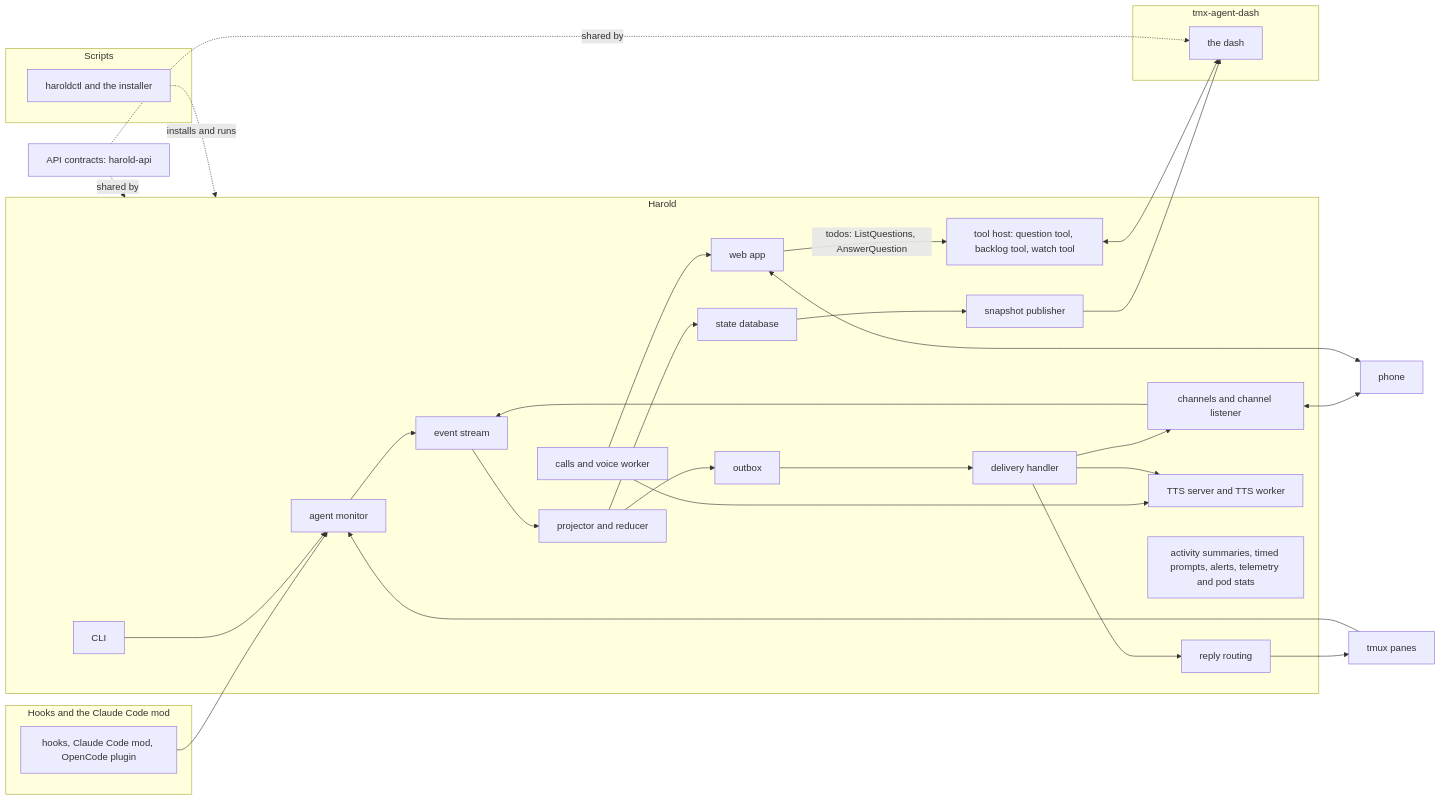
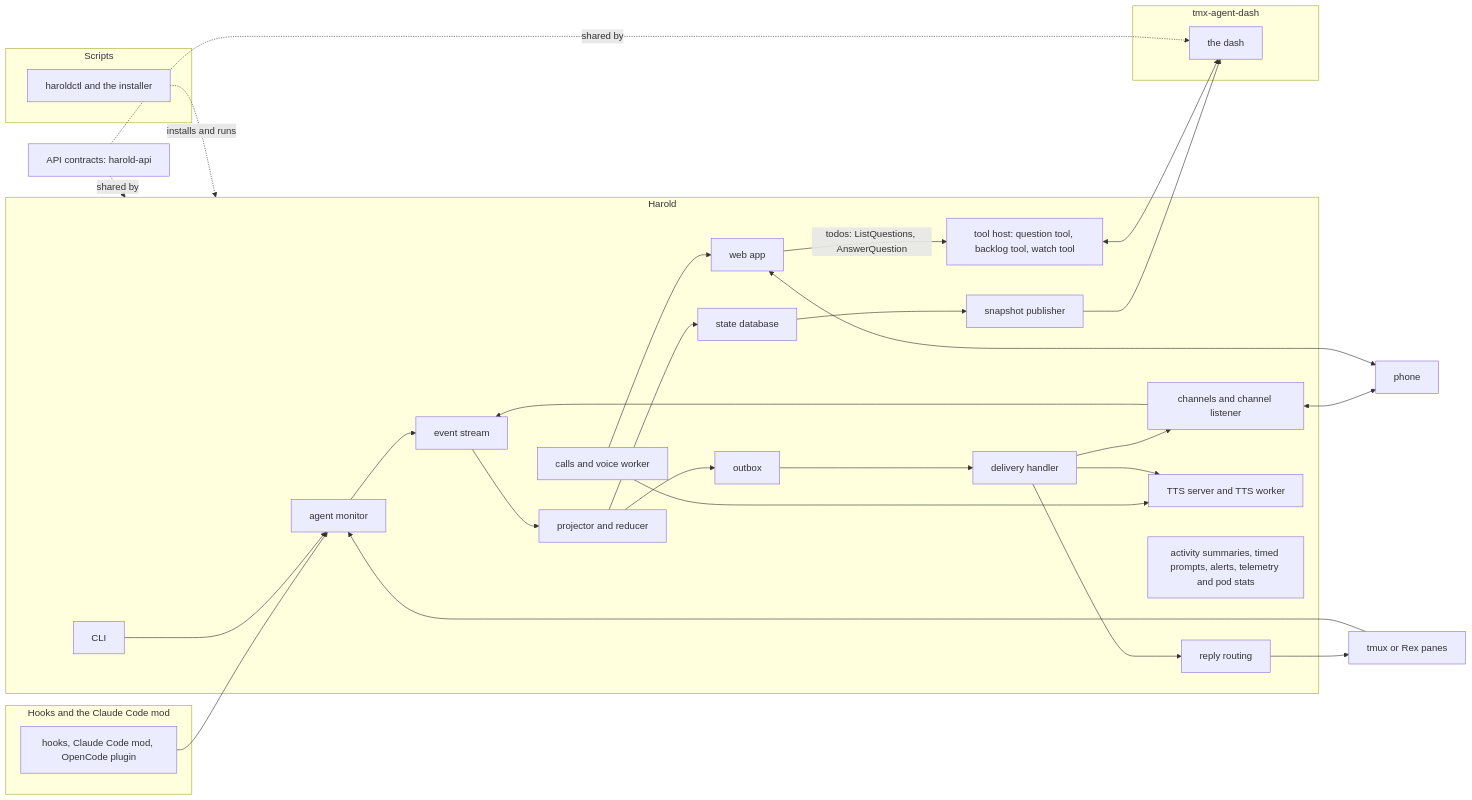
The first of 2 diagrams in docs/explanations/architecture.md (kahgeh/harold), drawn with Mermaid before and after one commit. The commit also changed other lines of this file and 31 other files, not shown here.

First line of the commit message:
Let Harold run on Rex in place of tmux, chosen by agent_monitor.multiplexer

````diff
--- a/docs/explanations/architecture.md
+++ b/docs/explanations/architecture.md
@@ -11,61 +11,61 @@
 ```mermaid
 flowchart LR
   subgraph hooksg["Hooks and the Claude Code mod"]
     hooks["hooks, Claude Code mod, OpenCode plugin"]
   end
 
   subgraph harold["Harold"]
     monitor["agent monitor"]
     stream["event stream"]
     projector["projector and reducer"]
     statedb["state database"]
     outbox["outbox"]
     handler["delivery handler"]
     channels["channels and channel listener"]
     routing["reply routing"]
     publisher["snapshot publisher"]
     toolhost["tool host: question tool, backlog tool, watch tool"]
     voice["calls and voice worker"]
     tts["TTS server and TTS worker"]
     webapp["web app"]
     extras["activity summaries, timed prompts, alerts, telemetry and pod stats"]
     cli["CLI"]
   end
 
   subgraph dashg["tmx-agent-dash"]
     dash["the dash"]
   end
 
   subgraph scriptsg["Scripts"]
     ctl["haroldctl and the installer"]
   end
 
   api["API contracts: harold-api"]
   phone["phone"]
-  panes["tmux panes"]
+  panes["tmux or Rex panes"]
 
   hooks --> monitor
   panes --> monitor
   monitor --> stream
   channels --> stream
   stream --> projector
   projector --> statedb
   projector --> outbox
   outbox --> handler
   handler --> channels
   handler --> routing
   routing --> panes
   channels <--> phone
   webapp <--> phone
   statedb --> publisher
   publisher --> dash
   toolhost <--> dash
   webapp -->|"todos: ListQuestions, AnswerQuestion"| toolhost
   voice --> webapp
   voice --> tts
   handler --> tts
   cli --> monitor
   ctl -. installs and runs .-> harold
   api -. shared by .-> harold
   api -. shared by .-> dash
 ```
````
